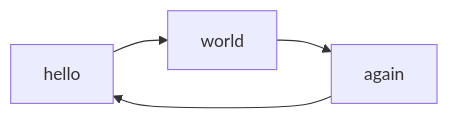
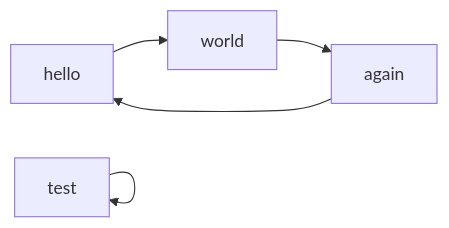
Before and after one commit to geksogen/TZ_SA_: the diagram in docs/Mermaind_diag.md, drawn with Mermaid.

````diff
--- a/docs/Mermaind_diag.md
+++ b/docs/Mermaind_diag.md
@@ -2,6 +2,7 @@
 ```mermaid
 graph LR
     hello --> world
     world --> again
     again --> hello
+    test --> test
 ```
````
